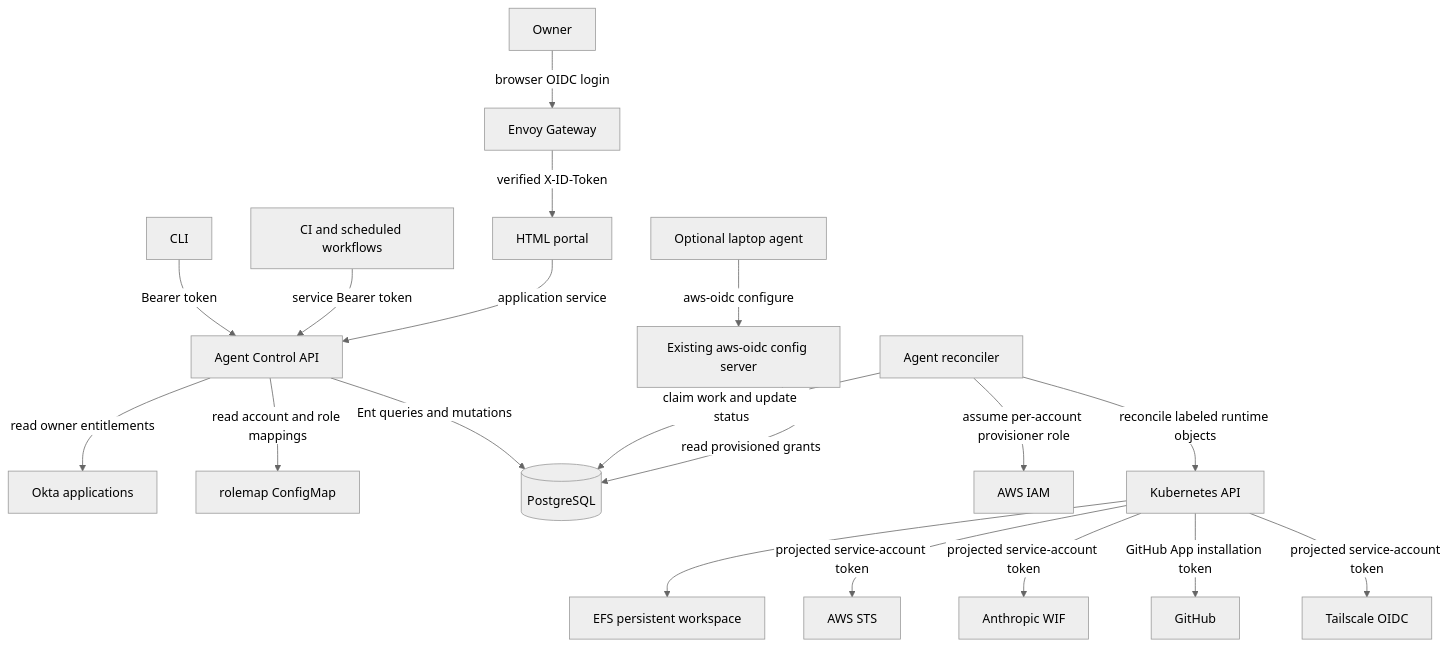
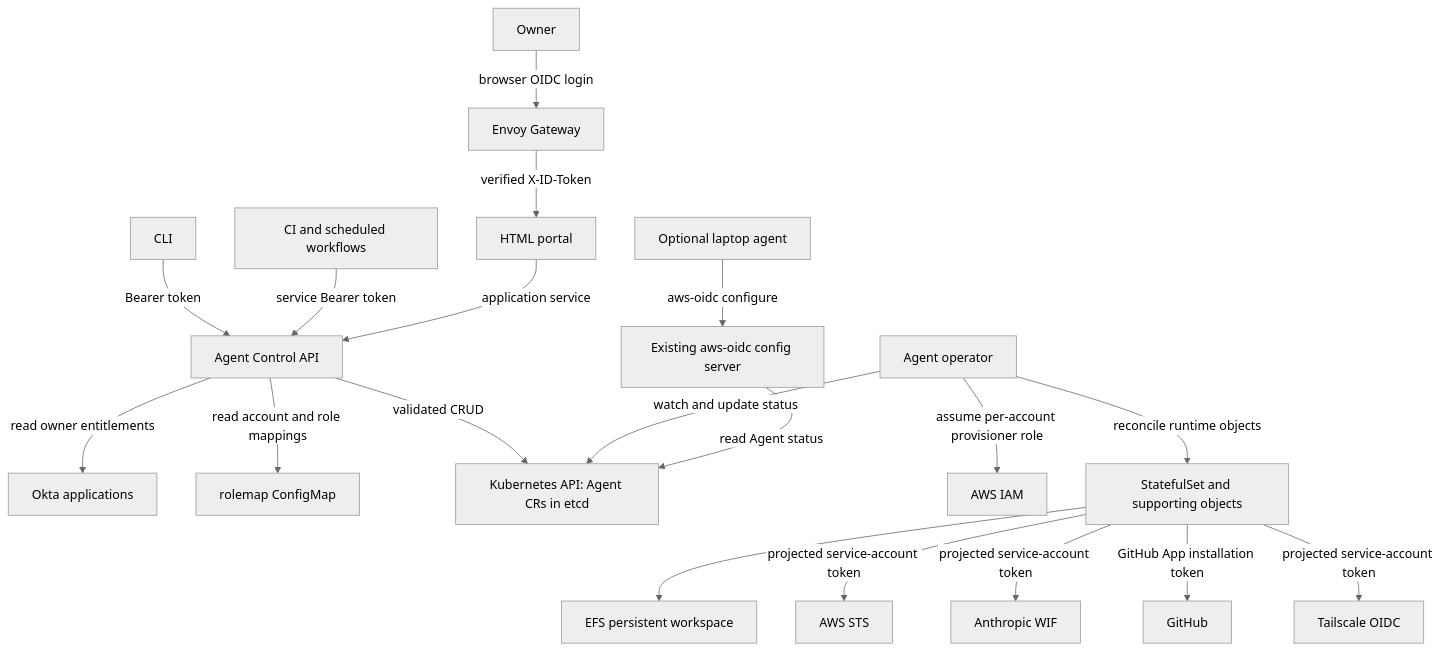
Before and after one commit to chanzuckerberg/aws-oidc: the diagram in docs/agent-registry-control-plane.md, drawn with Mermaid (neutral theme). The commit also changed other lines of this file, not shown here.

Commit message:
docs: keep agent API Kubernetes-native

````diff
--- a/docs/agent-registry-control-plane.md
+++ b/docs/agent-registry-control-plane.md
@@ -40,24 +40,24 @@
 ```mermaid
 flowchart TB
   owner["Owner"] -->|"browser OIDC login"| gateway["Envoy Gateway"]
   gateway -->|"verified X-ID-Token"| portal["HTML portal"]
   cli["CLI"] -->|"Bearer token"| controlAPI["Agent Control API"]
   workflow["CI and scheduled workflows"] -->|"service Bearer token"| controlAPI
   portal -->|"application service"| controlAPI
   controlAPI -->|"read owner entitlements"| okta["Okta applications"]
   controlAPI -->|"read account and role mappings"| rolemap["rolemap ConfigMap"]
-  controlAPI -->|"Ent queries and mutations"| database[("PostgreSQL")]
+  controlAPI -->|"validated CRUD"| kubeAPI["Kubernetes API: Agent CRs in etcd"]
 
-  operator["Agent reconciler"] -->|"claim work and update status"| database
+  operator["Agent operator"] -->|"watch and update status"| kubeAPI
   operator -->|"assume per-account provisioner role"| iam["AWS IAM"]
-  operator -->|"reconcile labeled runtime objects"| runtime["Kubernetes API"]
+  operator -->|"reconcile runtime objects"| runtime["StatefulSet and supporting objects"]
 
   runtime --> efs["EFS persistent workspace"]
   runtime -->|"projected service-account token"| sts["AWS STS"]
   runtime -->|"projected service-account token"| anthropic["Anthropic WIF"]
   runtime -->|"GitHub App installation token"| github["GitHub"]
   runtime -->|"projected service-account token"| tailscale["Tailscale OIDC"]
 
-  config["Existing aws-oidc config server"] -->|"read provisioned grants"| database
+  config["Existing aws-oidc config server"] -->|"read Agent status"| kubeAPI
   laptop["Optional laptop agent"] -->|"aws-oidc configure"| config
 ```
````
